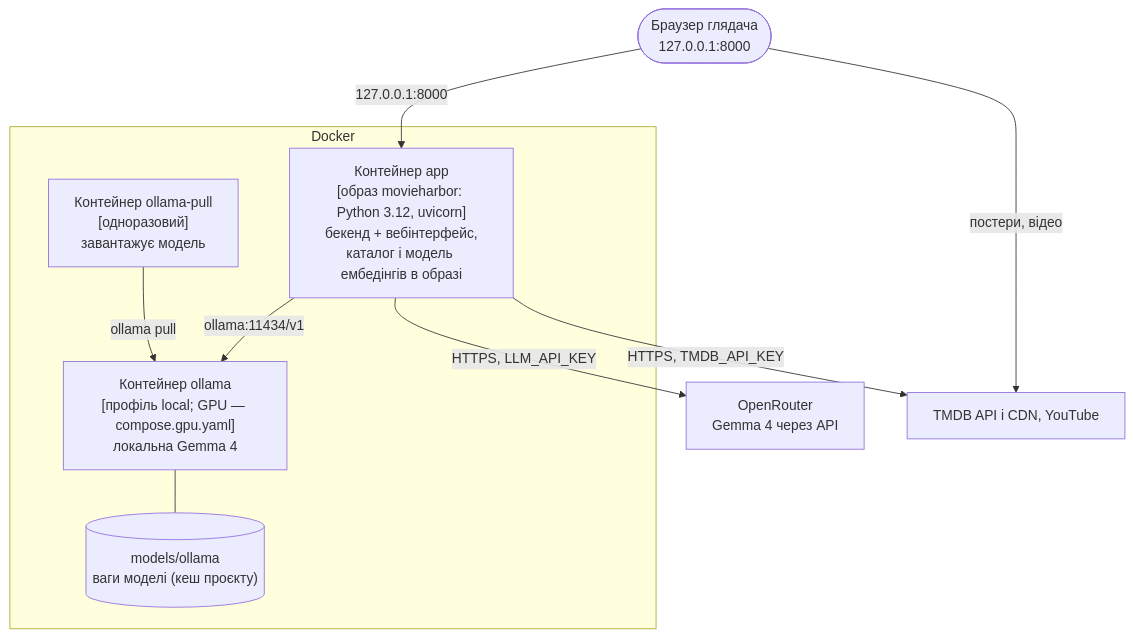
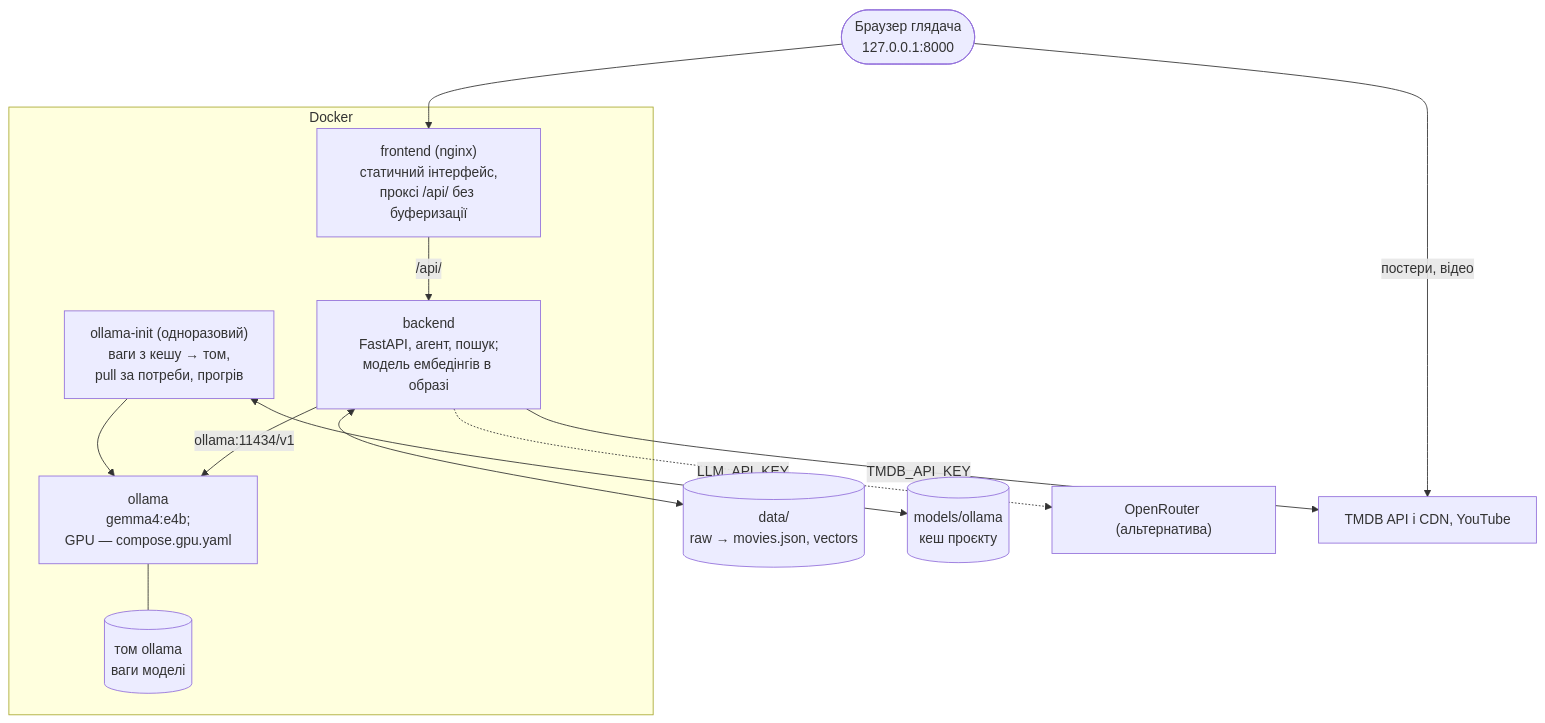
Before and after one commit to woldemarg/movie_rs: the fourth of 4 diagrams in docs/01-overview.md, drawn with Mermaid. The commit also changed other lines of this file and 15 other files, not shown here.

````diff
--- a/docs/01-overview.md
+++ b/docs/01-overview.md
@@ -163,22 +163,28 @@
 ```mermaid
 flowchart TB
     browser(["Браузер глядача<br/>127.0.0.1:8000"])
 
     subgraph host["Docker"]
-        app["Контейнер app<br/>[образ movieharbor: Python 3.12, uvicorn]<br/>бекенд + вебінтерфейс,<br/>каталог і модель ембедінгів в образі"]
-        ollama["Контейнер ollama<br/>[профіль local; GPU — compose.gpu.yaml]<br/>локальна Gemma 4"]
-        pull["Контейнер ollama-pull<br/>[одноразовий]<br/>завантажує модель"]
-        vol[("models/ollama<br/>ваги моделі (кеш проєкту)")]
+        frontend["frontend (nginx)<br/>статичний інтерфейс,<br/>проксі /api/ без буферизації"]
+        backend["backend<br/>FastAPI, агент, пошук;<br/>модель ембедінгів в образі"]
+        ollama["ollama<br/>gemma4:e4b;<br/>GPU — compose.gpu.yaml"]
+        oinit["ollama-init (одноразовий)<br/>ваги з кешу → том,<br/>pull за потреби, прогрів"]
+        vol[("том ollama<br/>ваги моделі")]
     end
 
-    or["OpenRouter<br/>Gemma 4 через API"]
+    data[("data/<br/>raw → movies.json, vectors")]
+    cache[("models/ollama<br/>кеш проєкту")]
+    or["OpenRouter (альтернатива)"]
     tmdb["TMDB API і CDN, YouTube"]
 
-    browser -- "127.0.0.1:8000" --> app
-    app -- "ollama:11434/v1" --> ollama
-    pull -- "ollama pull" --> ollama
+    browser --> frontend
+    frontend -- "/api/" --> backend
+    backend <--> data
+    backend -- "ollama:11434/v1" --> ollama
+    oinit --> ollama
+    oinit <--> cache
     ollama --- vol
-    app -- "HTTPS, LLM_API_KEY" --> or
-    app -- "HTTPS, TMDB_API_KEY" --> tmdb
+    backend -. "LLM_API_KEY" .-> or
+    backend -- "TMDB_API_KEY" --> tmdb
     browser -- "постери, відео" --> tmdb
 ```
````
